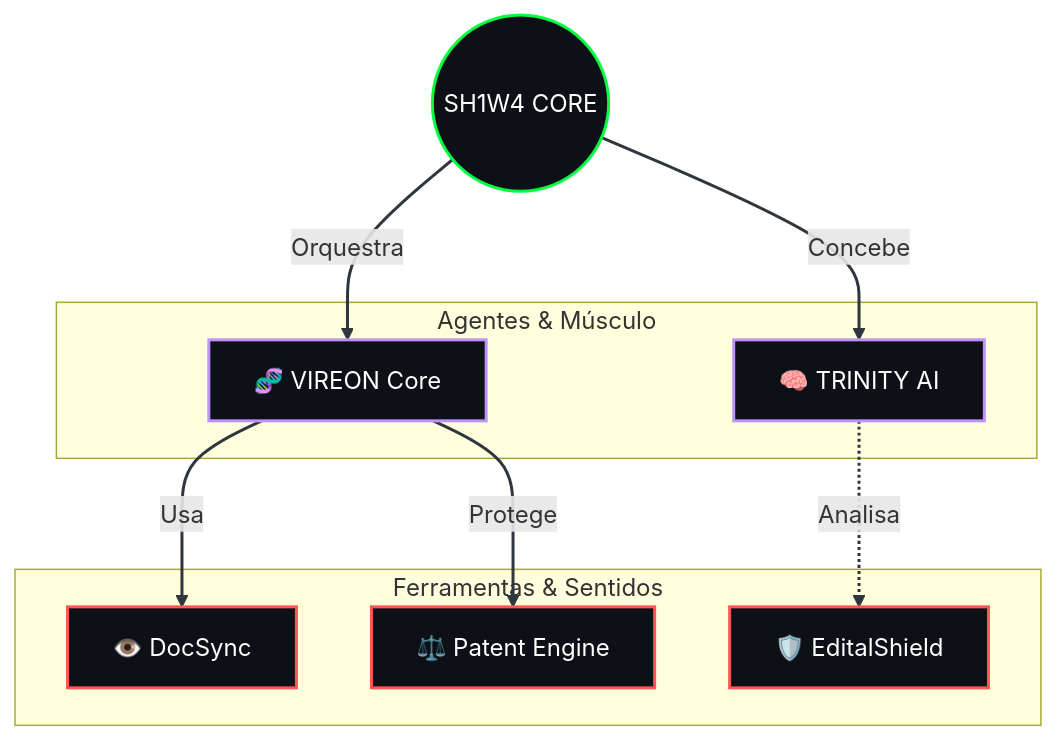
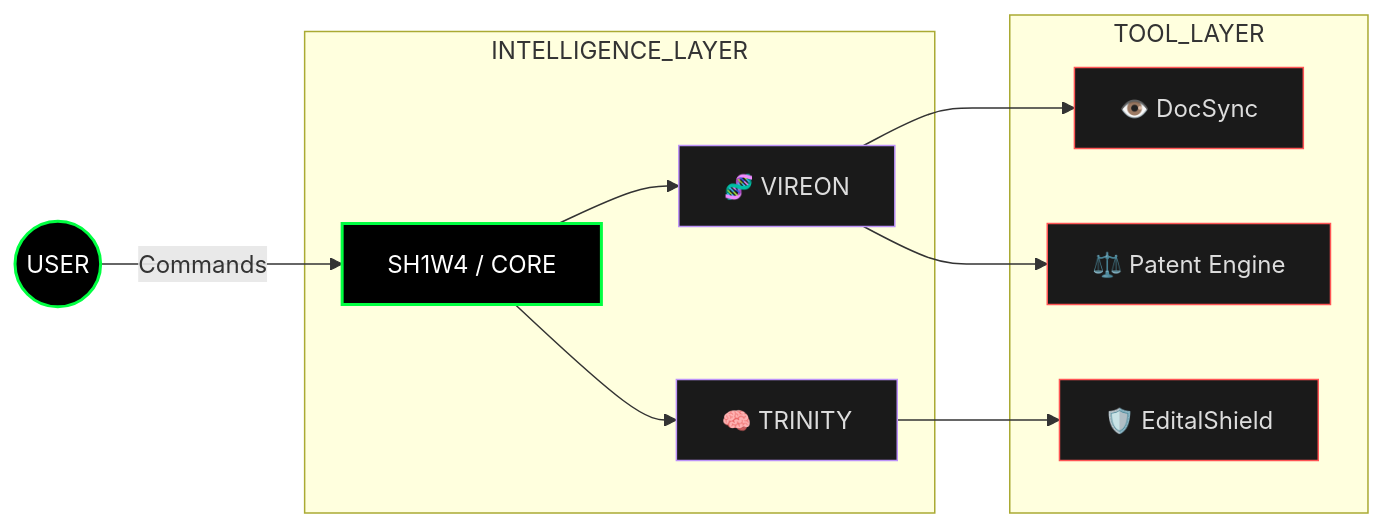
One commit to SH1W4/sh1w4 changed the diagram in README.md. Above: the diagram before and after it, drawn with Mermaid. The commit also changed other lines of this file, not shown here.

````diff
--- a/README.md
+++ b/README.md
@@ -78,34 +58,24 @@
 ```mermaid
-graph TD
-    %% Estilo Cyberpunk Minimalista
-    classDef brain fill:#0d1117,stroke:#00ff41,stroke-width:2px,color:#fff;
-    classDef muscle fill:#0d1117,stroke:#bd93f9,stroke-width:2px,color:#fff;
-    classDef tool fill:#0d1117,stroke:#ff5555,stroke-width:2px,color:#fff;
+graph LR
+    %% Theme: Dark Cyberpunk
+    classDef core fill:#000,stroke:#00ff41,stroke-width:2px,color:#fff;
+    classDef agent fill:#1a1a1a,stroke:#bd93f9,stroke-width:1px,color:#ddd;
+    classDef tool fill:#1a1a1a,stroke:#ff5555,stroke-width:1px,color:#ddd;
 
-    Hub((SH1W4 CORE)):::brain
-
-    subgraph "Agentes & Músculo"
-        VIREON[🧬 VIREON Core]:::muscle
-        TRINITY[🧠 TRINITY AI]:::muscle
+    User((USER)):::core -->|Commands| Core[SH1W4 / CORE]:::core
+    
+    subgraph INTELLIGENCE_LAYER
+        Core --> VIREON[🧬 VIREON]:::agent
+        Core --> TRINITY[🧠 TRINITY]:::agent
     end
-
-    subgraph "Ferramentas & Sentidos"
-        DOCSYNC[👁️ DocSync]:::tool
-        PATENT[⚖️ Patent Engine]:::tool
-        EDITAL[🛡️ EditalShield]:::tool
+    
+    subgraph TOOL_LAYER
+        VIREON --> DocSync[👁️ DocSync]:::tool
+        VIREON --> Patent[⚖️ Patent Engine]:::tool
+        TRINITY --> Edital[🛡️ EditalShield]:::tool
     end
-
-    Hub -->|Orquestra| VIREON
-    Hub -->|Concebe| TRINITY
-    VIREON -->|Usa| DOCSYNC
-    VIREON -->|Protege| PATENT
-    TRINITY -.->|Analisa| EDITAL
-    
-    linkStyle default stroke:#30363d,stroke-width:2px;
     
     click VIREON "https://github.com/SH1W4/vireon"
-    click DOCSYNC "https://github.com/SH1W4/docsync"
+    click DocSync "https://github.com/SH1W4/docsync"
     click TRINITY "https://github.com/SH1W4/trinity-ai"
-    click EDITAL "https://github.com/symbeon-labs/editalshield"
-    click PATENT "https://github.com/symbeon-labs/patent_intelligence_engine"
 ```
````
